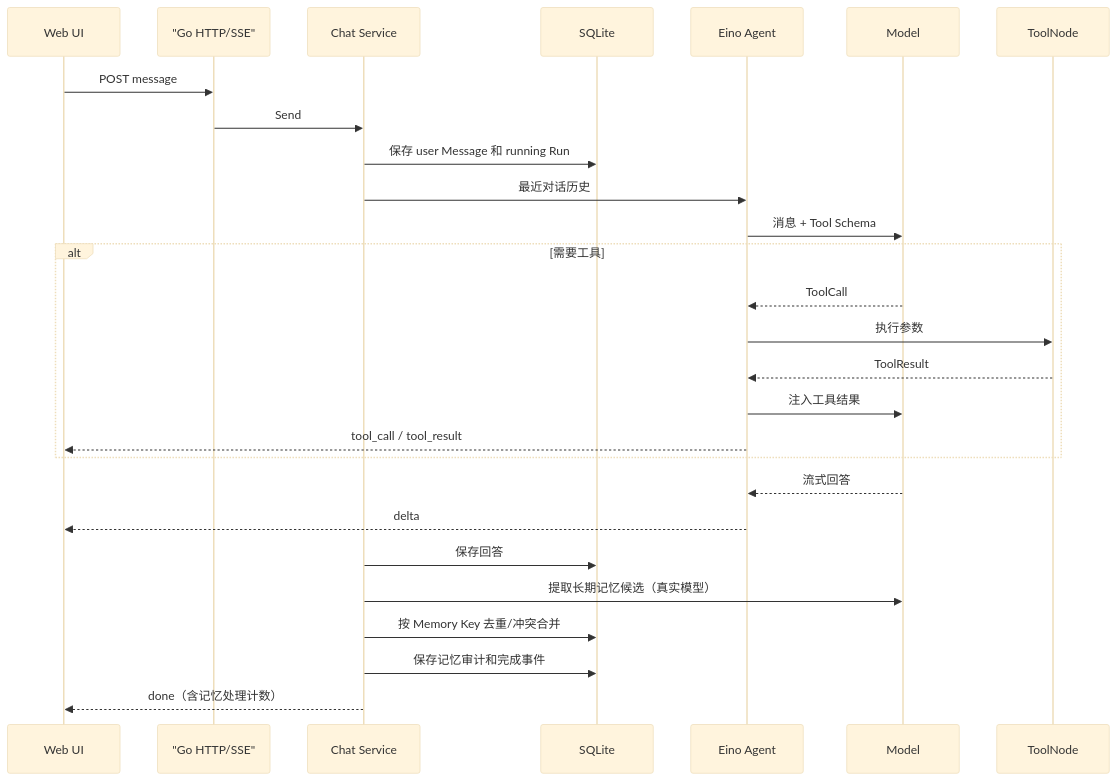
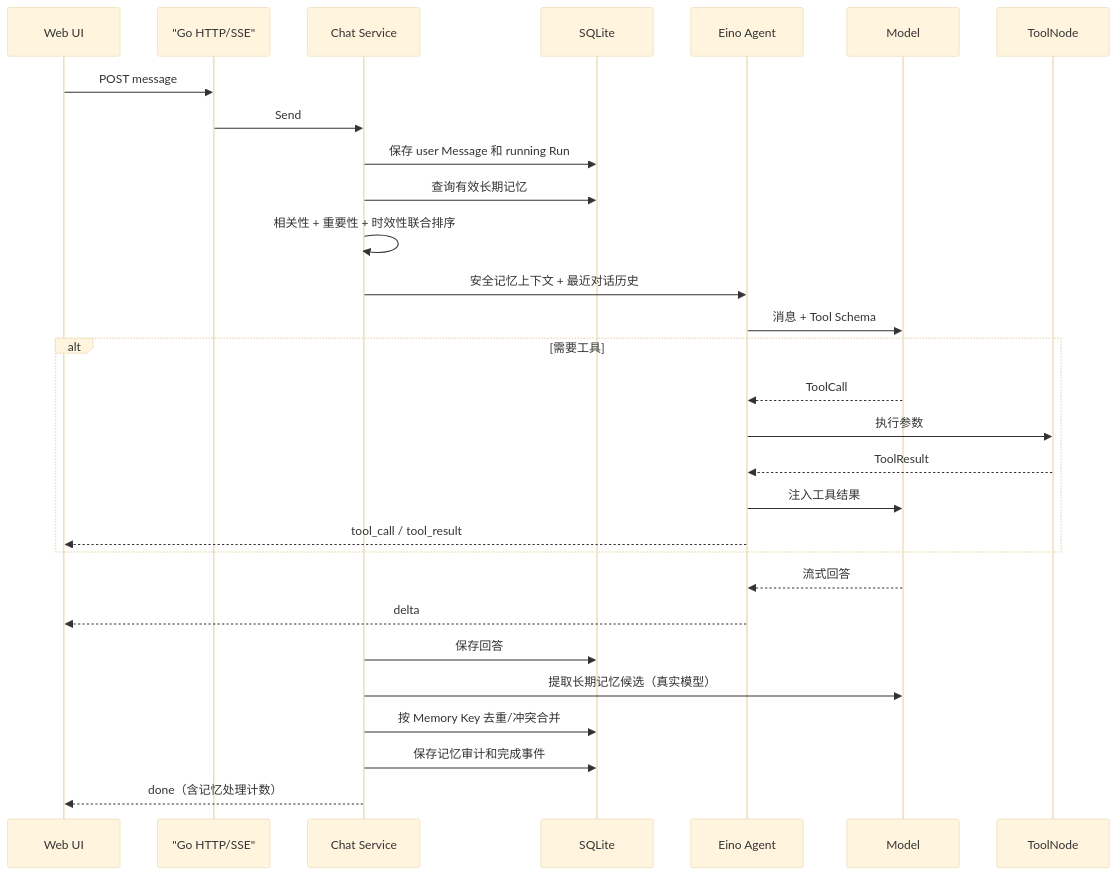
The diagram in README.md (zora-DD/zora), drawn with Mermaid (base theme) before and after one commit. The commit also changed other lines of this file and 20 other files, not shown here.

````diff
--- a/README.md
+++ b/README.md
@@ -222,30 +227,32 @@
 ```mermaid
 sequenceDiagram
     participant UI as Web UI
     participant API as "Go HTTP/SSE"
     participant Service as Chat Service
     participant DB as SQLite
     participant ADK as Eino Agent
     participant LLM as Model
     participant Tool as ToolNode
 
     UI->>API: POST message
     API->>Service: Send
     Service->>DB: 保存 user Message 和 running Run
-    Service->>ADK: 最近对话历史
+    Service->>DB: 查询有效长期记忆
+    Service->>Service: 相关性 + 重要性 + 时效性联合排序
+    Service->>ADK: 安全记忆上下文 + 最近对话历史
     ADK->>LLM: 消息 + Tool Schema
     alt 需要工具
         LLM-->>ADK: ToolCall
         ADK->>Tool: 执行参数
         Tool-->>ADK: ToolResult
         ADK->>LLM: 注入工具结果
         ADK-->>UI: tool_call / tool_result
     end
     LLM-->>ADK: 流式回答
     ADK-->>UI: delta
     Service->>DB: 保存回答
     Service->>LLM: 提取长期记忆候选（真实模型）
     Service->>DB: 按 Memory Key 去重/冲突合并
     Service->>DB: 保存记忆审计和完成事件
     Service-->>UI: done（含记忆处理计数）
 ```
````
